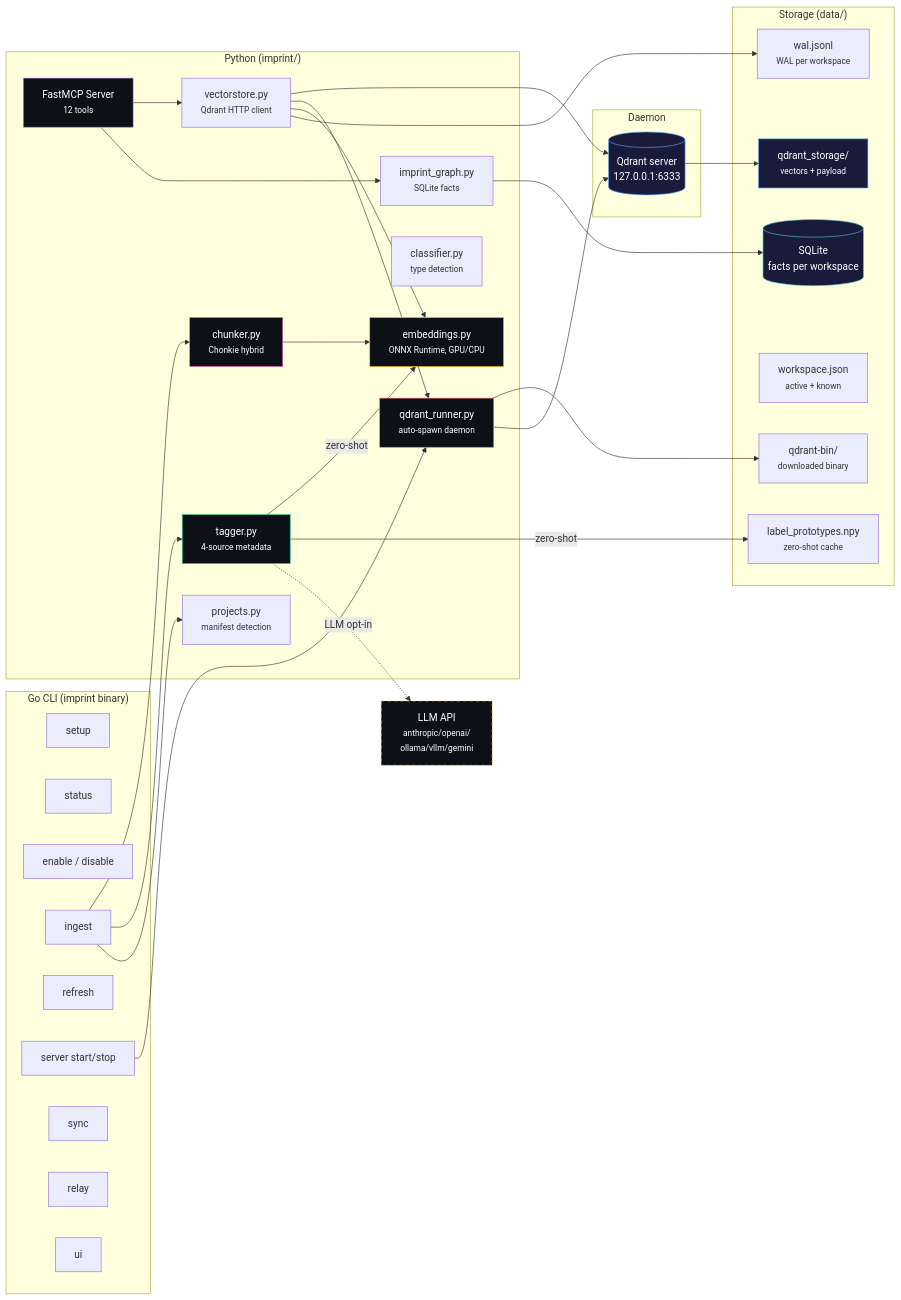
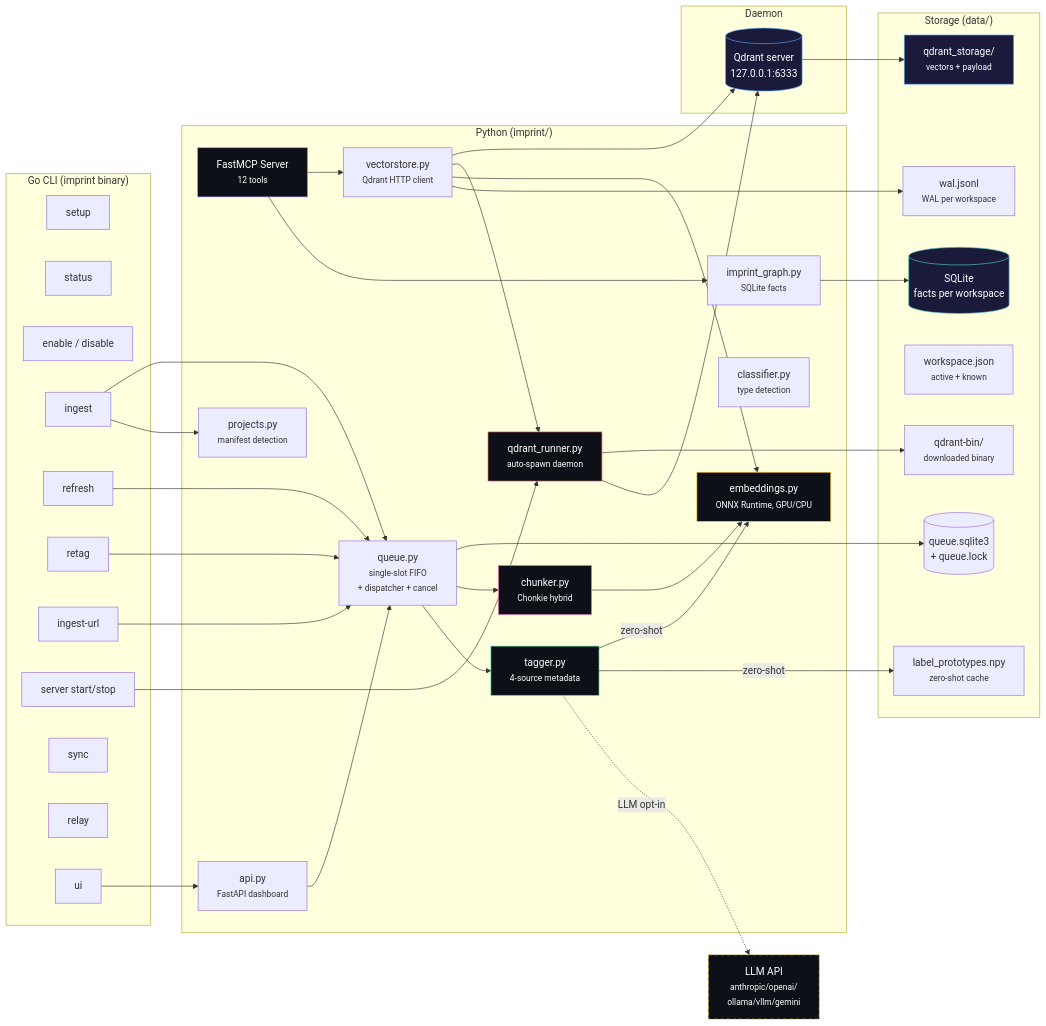
One commit to alexandruleca/imprint-memory-layer changed the first of 3 diagrams in docs/architecture.md. Above: the diagram before and after it, drawn with Mermaid. The commit also changed other lines of this file and 198 other files, not shown here.

````diff
--- a/docs/architecture.md
+++ b/docs/architecture.md
@@ -5,64 +5,75 @@
 ```mermaid
 graph LR
     subgraph "Go CLI (imprint binary)"
         SETUP[setup]
         STATUS[status]
         ENABLE[enable / disable]
         INGEST[ingest]
         REFRESH[refresh]
+        RETAG[retag]
+        IURL[ingest-url]
         SERVER[server start/stop]
         SYNC[sync]
         RELAY[relay]
         UI[ui]
     end
 
     subgraph "Python (imprint/)"
         MCP[FastMCP Server<br/><small>12 tools</small>]
         VS[vectorstore.py<br/><small>Qdrant HTTP client</small>]
         QR[qdrant_runner.py<br/><small>auto-spawn daemon</small>]
         EMB[embeddings.py<br/><small>ONNX Runtime, GPU/CPU</small>]
         KG[imprint_graph.py<br/><small>SQLite facts</small>]
         CHK[chunker.py<br/><small>Chonkie hybrid</small>]
         TAG[tagger.py<br/><small>4-source metadata</small>]
         CLS[classifier.py<br/><small>type detection</small>]
         PRJ[projects.py<br/><small>manifest detection</small>]
+        QUEUE[queue.py<br/><small>single-slot FIFO<br/>+ dispatcher + cancel</small>]
+        API[api.py<br/><small>FastAPI dashboard</small>]
     end
 
     subgraph "Daemon"
         QSRV[(Qdrant server<br/>127.0.0.1:6333)]
     end
 
     subgraph "Storage (data/)"
         QSTORE[qdrant_storage/<br/><small>vectors + payload</small>]
         SQLITE[(SQLite<br/>facts per workspace)]
         WAL[wal.jsonl<br/><small>WAL per workspace</small>]
         WSCFG[workspace.json<br/><small>active + known</small>]
         PROTO[label_prototypes.npy<br/><small>zero-shot cache</small>]
         QBIN[qdrant-bin/<br/><small>downloaded binary</small>]
+        QDB[(queue.sqlite3<br/>+ queue.lock)]
     end
 
     MCP --> VS --> QSRV --> QSTORE
     MCP --> KG --> SQLITE
     VS --> QR
     QR --> QBIN
     QR --> QSRV
     VS --> EMB
     VS --> WAL
-    INGEST --> CHK --> EMB
-    INGEST --> TAG
+    INGEST --> QUEUE
+    REFRESH --> QUEUE
+    RETAG --> QUEUE
+    IURL --> QUEUE
+    UI --> API --> QUEUE
+    QUEUE --> QDB
+    QUEUE --> CHK --> EMB
+    QUEUE --> TAG
     TAG --zero-shot--> EMB
     TAG --zero-shot--> PROTO
     TAG -.LLM opt-in.-> LLM_API[LLM API<br/><small>anthropic/openai/<br/>ollama/vllm/gemini</small>]
     INGEST --> PRJ
     SERVER --> QR
 
     style QSRV fill:#1a1a3a,stroke:#60a5fa,color:#fff
     style QSTORE fill:#1a1a3a,stroke:#60a5fa,color:#fff
     style SQLITE fill:#1a1a3a,stroke:#4ecdc4,color:#fff
     style MCP fill:#0d1117,stroke:#a78bfa,color:#fff
     style EMB fill:#0d1117,stroke:#fbbf24,color:#fff
     style CHK fill:#0d1117,stroke:#f472b6,color:#fff
     style TAG fill:#0d1117,stroke:#34d399,color:#fff
     style QR fill:#0d1117,stroke:#ff6b6b,color:#fff
     style LLM_API fill:#0d1117,stroke:#fbbf24,color:#fff,stroke-dasharray: 5 5
 ```
````
